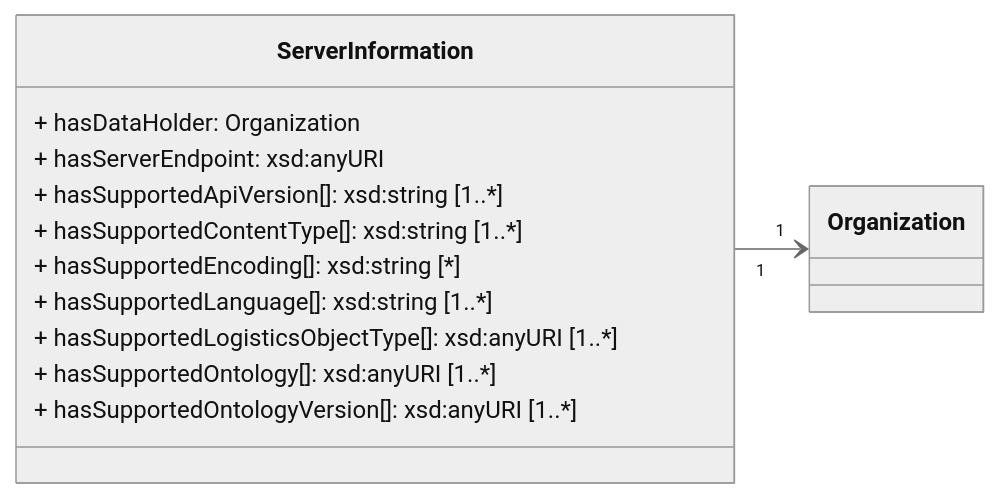
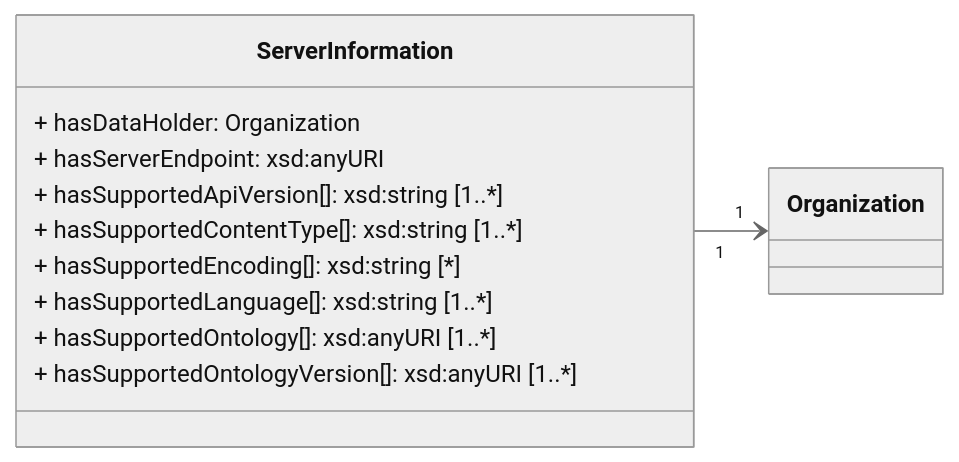
The diagram in working_draft/API/docs/server-information.md (ddoeppner/ONE-Record), drawn with Mermaid (neutral theme) before and after one commit. The commit also changed 5 other files, not shown here.

Commit message:
Remove hasSupportedLogisticsObjectType in ServerIn

````diff
--- a/working_draft/API/docs/server-information.md
+++ b/working_draft/API/docs/server-information.md
@@ -9,20 +9,19 @@
 ```mermaid
 classDiagram   
     direction LR   
 
     class Organization{        
     }  
 
     class ServerInformation{
         + hasDataHolder: Organization                
         + hasServerEndpoint: xsd:anyURI        
         + hasSupportedApiVersion[]: xsd:string [1..*]
         + hasSupportedContentType[]: xsd:string [1..*]        
         + hasSupportedEncoding[]: xsd:string [*]
         + hasSupportedLanguage[]: xsd:string [1..*]
-        + hasSupportedLogisticsObjectType[]: xsd:anyURI [1..*]
         + hasSupportedOntology[]: xsd:anyURI [1..*]
         + hasSupportedOntologyVersion[]: xsd:anyURI [1..*]
     }        
     ServerInformation "1" --> "1" Organization
 ```
````
